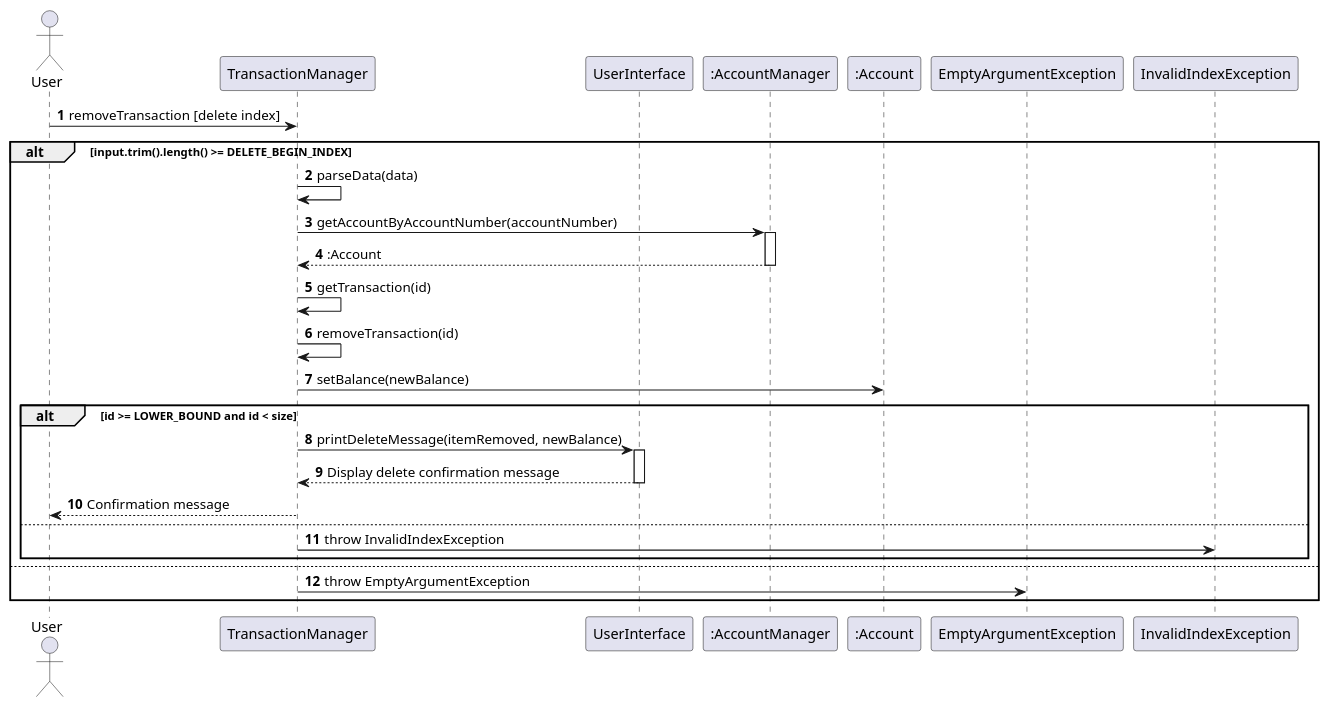
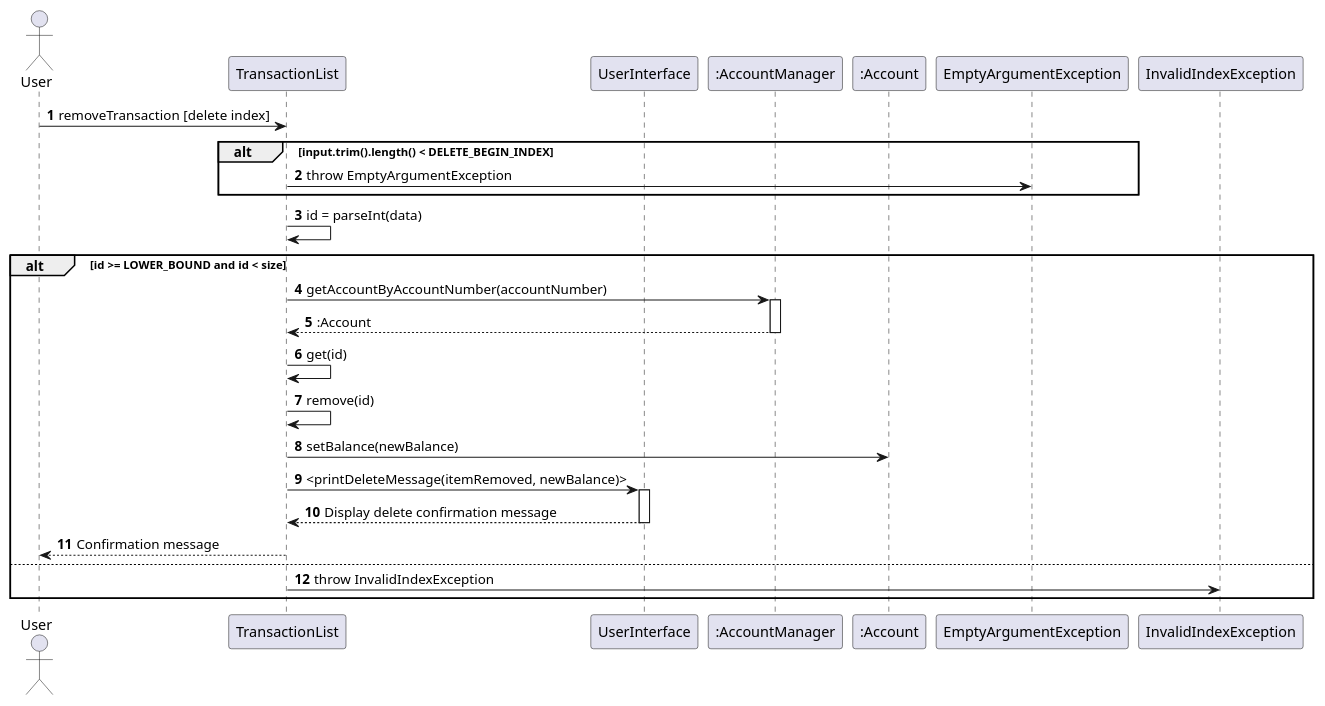
Before and after one commit to Vavinan/tp: the diagram in docs/uml/removeTransactionDiagram.puml, drawn with PlantUML. The commit also changed 3 other files, not shown here.

```diff
--- a/docs/uml/removeTransactionDiagram.puml
+++ b/docs/uml/removeTransactionDiagram.puml
@@ -1,39 +1,38 @@
 @startuml
 'https://plantuml.com/sequence-diagram
 
 autonumber
 
 actor User
-participant "TransactionManager" as TM
+participant "TransactionList" as TL
 participant "UserInterface" as UI
 participant ":AccountManager" as AM
 participant ":Account" as AC
 participant "EmptyArgumentException" as EAE
 participant "InvalidIndexException" as IIE
-User -> TM: removeTransaction [delete index]
+User -> TL: removeTransaction [delete index]
 
-alt input.trim().length() >= DELETE_BEGIN_INDEX
-    TM -> TM: parseData(data)
-    TM -> AM: getAccountByAccountNumber(accountNumber)
-    activate AM
-    AM --> TM: :Account
-    deactivate AM
+alt input.trim().length() < DELETE_BEGIN_INDEX
+    TL -> EAE: throw EmptyArgumentException
+end
+    TL -> TL: id = parseInt(data)
+    alt id >= LOWER_BOUND and id < size
+    TL -> AM: getAccountByAccountNumber(accountNumber)
+        activate AM
+        AM --> TL: :Account
+        deactivate AM
 
-    TM -> TM: getTransaction(id)
-    TM -> TM: removeTransaction(id)
+        TL -> TL: get(id)
+        TL -> TL: remove(id)
 
-    TM -> AC: setBalance(newBalance)
+        TL -> AC: setBalance(newBalance)
+        TL -> UI: <printDeleteMessage(itemRemoved, newBalance)>
+        activate UI
+        UI --> TL: Display delete confirmation message
+        deactivate UI
+        TL --> User: Confirmation message
+    else
+        TL -> IIE: throw InvalidIndexException
+    end
 
-    alt id >= LOWER_BOUND and id < size
-        TM -> UI: printDeleteMessage(itemRemoved, newBalance)
-        activate UI
-        UI --> TM: Display delete confirmation message
-        deactivate UI
-        TM --> User: Confirmation message
-    else
-        TM -> IIE: throw InvalidIndexException
-    end
-else
-    TM -> EAE: throw EmptyArgumentException
-    end
 @enduml
```
